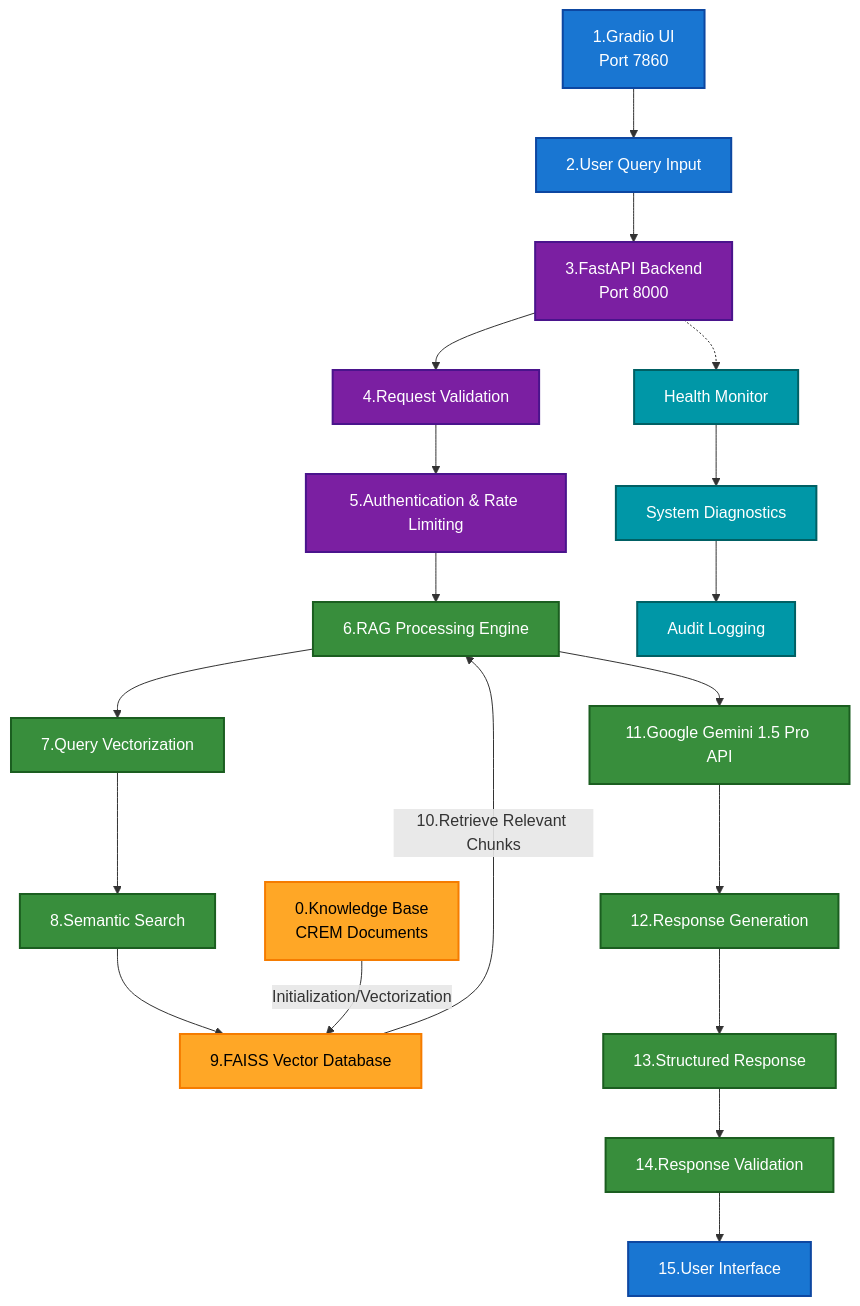
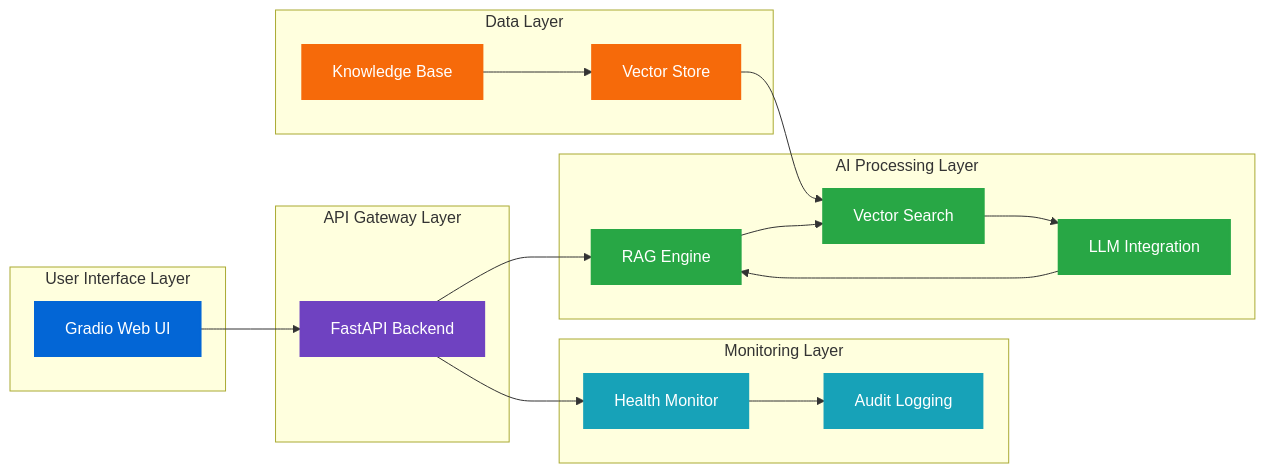
One commit to ubn2vm/trend-micro-security-qa-api changed the diagram in README.md. Above: the diagram before and after it, drawn with Mermaid. The commit also changed other lines of this file and 1 other file, not shown here.

Commit message:
feat: standardize Mermaid chart colors to GitHub-friendly scheme
- Update Mermaid chart colors in README.md and docs/data_flow.md
- Ensure good contrast in both light and dark themes
- Unify visual style across both documents

````diff
--- a/README.md
+++ b/README.md
@@ -38,78 +38,47 @@
 ```mermaid
-graph TB
-
-    %% Node Definitions - Define all nodes first
-    A["1.Gradio UI<br>Port 7860"]
-    B["2.User Query Input"]
-    C["3.FastAPI Backend<br>Port 8000"]
-    D["4.Request Validation"]
-    E["5.Authentication & Rate Limiting"]
-    F["6.RAG Processing Engine"]
-    G["7.Query Vectorization"]
-    H["8.Semantic Search"]
-    I["9.FAISS Vector Database"]
-    J["0.Knowledge Base<br>CREM Documents"]
-    K["11.Google Gemini 1.5 Pro API"]
-    O["12.Response Generation"]
-    Q["13.Structured Response"]
-    R["14.Response Validation"]
-    S["15.User Interface"]
-
-    %% Monitoring Layer Nodes
-    L1["Health Monitor"]
-    L2["System Diagnostics"]
-    L3["Audit Logging"]
-
-    %% Main Flow Connections
+graph LR
+    subgraph "User Interface Layer"
+        A[Gradio Web UI]
+    end
+    
+    subgraph "API Gateway Layer"
+        B[FastAPI Backend]
+    end
+    
+    subgraph "AI Processing Layer"
+        C[RAG Engine]
+        D[Vector Search]
+        E[LLM Integration]
+    end
+    
+    subgraph "Data Layer"
+        F[Knowledge Base]
+        G[Vector Store]
+    end
+    
+    subgraph "Monitoring Layer"
+        H[Health Monitor]
+        I[Audit Logging]
+    end
+    
     A --> B
     B --> C
     C --> D
     D --> E
-    E --> F
+    E --> C
     F --> G
-    G --> H
+    G --> D
+    B --> H
     H --> I
-    I -- "10.Retrieve Relevant Chunks" --> F
-    F --> K
-    K --> O
-    O --> Q
-    Q --> R
-    R --> S
-
-    %% Knowledge Base Initialization Connection
-    J -- "Initialization/Vectorization" --> I
-
-    %% Monitoring Layer Connections
-    C -.-> L1
-    L1 --> L2
-    L2 --> L3
-
-    %% Color Styles - High Contrast for Light/Dark Mode
-    %% Frontend Layer (Blue with White Text)
-    style A fill:#1976d2,stroke:#0d47a1,stroke-width:2px,color:#fff
-    style B fill:#1976d2,stroke:#0d47a1,stroke-width:2px,color:#fff
-    style S fill:#1976d2,stroke:#0d47a1,stroke-width:2px,color:#fff
-
-    %% API Layer (Purple with White Text)
-    style C fill:#7b1fa2,stroke:#4a148c,stroke-width:2px,color:#fff
-    style D fill:#7b1fa2,stroke:#4a148c,stroke-width:2px,color:#fff
-    style E fill:#7b1fa2,stroke:#4a148c,stroke-width:2px,color:#fff
-
-    %% Processing/LLM Layer (Green with White Text)
-    style F fill:#388e3c,stroke:#1b5e20,stroke-width:2px,color:#fff
-    style G fill:#388e3c,stroke:#1b5e20,stroke-width:2px,color:#fff
-    style H fill:#388e3c,stroke:#1b5e20,stroke-width:2px,color:#fff
-    style K fill:#388e3c,stroke:#1b5e20,stroke-width:2px,color:#fff
-    style O fill:#388e3c,stroke:#1b5e20,stroke-width:2px,color:#fff
-    style Q fill:#388e3c,stroke:#1b5e20,stroke-width:2px,color:#fff
-    style R fill:#388e3c,stroke:#1b5e20,stroke-width:2px,color:#fff
-
-    %% Database Layer (Orange with Black Text)
-    style I fill:#ffa726,stroke:#f57c00,stroke-width:2px,color:#000
-    style J fill:#ffa726,stroke:#f57c00,stroke-width:2px,color:#000
-
-    %% Monitoring Layer (Teal with Black Text)
-    style L1 fill:#0097a7,stroke:#006064,stroke-width:2px,color:#fff
-    style L2 fill:#0097a7,stroke:#006064,stroke-width:2px,color:#fff
-    style L3 fill:#0097a7,stroke:#006064,stroke-width:2px,color:#fff
+    
+    %% GitHub-friendly color scheme - works on both light and dark themes
+    style A fill:#0366d6,stroke:#0366d6,stroke-width:2px,color:#ffffff
+    style B fill:#6f42c1,stroke:#6f42c1,stroke-width:2px,color:#ffffff
+    style C fill:#28a745,stroke:#28a745,stroke-width:2px,color:#ffffff
+    style D fill:#28a745,stroke:#28a745,stroke-width:2px,color:#ffffff
+    style E fill:#28a745,stroke:#28a745,stroke-width:2px,color:#ffffff
+    style F fill:#f66a0a,stroke:#f66a0a,stroke-width:2px,color:#ffffff
+    style G fill:#f66a0a,stroke:#f66a0a,stroke-width:2px,color:#ffffff
+    style H fill:#17a2b8,stroke:#17a2b8,stroke-width:2px,color:#ffffff
+    style I fill:#17a2b8,stroke:#17a2b8,stroke-width:2px,color:#ffffff
 ```
````
